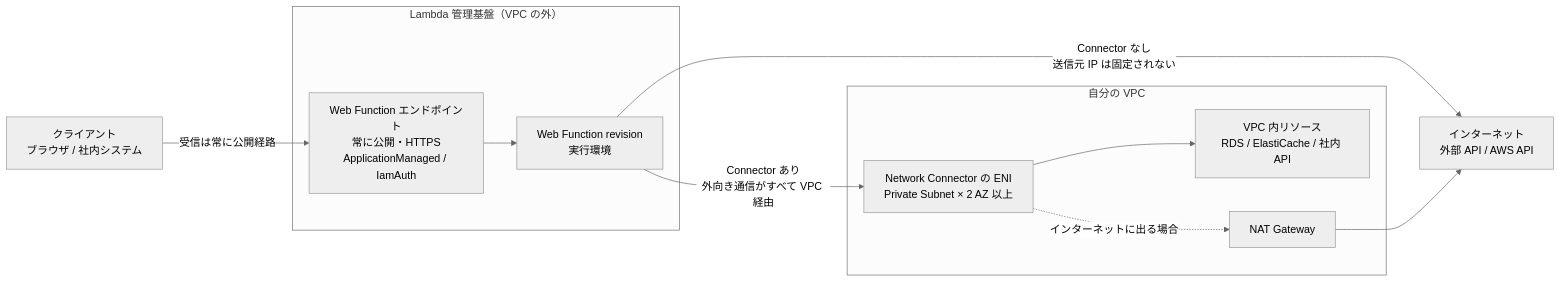
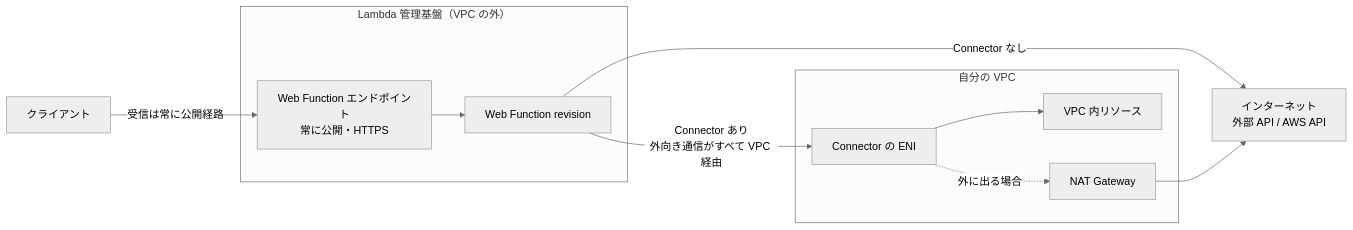
One commit to zaru/lambda-wf-nextjs changed the second of 6 diagrams in docs/network-options.md. Above: the diagram before and after it, drawn with Mermaid (neutral theme). The commit also changed other lines of this file and 1 other file, not shown here.

````diff
--- a/docs/network-options.md
+++ b/docs/network-options.md
@@ -22,25 +57,25 @@
 ```mermaid
 flowchart LR
-    Client["クライアント<br/>ブラウザ / 社内システム"]
+    Client["クライアント"]
 
     subgraph Lambda["Lambda 管理基盤（VPC の外）"]
-        EP["Web Function エンドポイント<br/>常に公開・HTTPS<br/>ApplicationManaged / IamAuth"]
-        Rev["Web Function revision<br/>実行環境"]
+        EP["Web Function エンドポイント<br/>常に公開・HTTPS"]
+        Rev["Web Function revision"]
         EP --> Rev
     end
 
     subgraph VPC["自分の VPC"]
-        ENI["Network Connector の ENI<br/>Private Subnet × 2 AZ 以上"]
-        Private["VPC 内リソース<br/>RDS / ElastiCache / 社内 API"]
+        ENI["Connector の ENI"]
+        Private["VPC 内リソース"]
         NAT["NAT Gateway"]
         ENI --> Private
-        ENI -.->|インターネットに出る場合| NAT
+        ENI -.->|"外に出る場合"| NAT
     end
 
     Internet["インターネット<br/>外部 API / AWS API"]
 
-    Client -->|受信は常に公開経路| EP
-    Rev -->|"Connector なし<br/>送信元 IP は固定されない"| Internet
+    Client -->|"受信は常に公開経路"| EP
+    Rev -->|"Connector なし"| Internet
     Rev -->|"Connector あり<br/>外向き通信がすべて VPC 経由"| ENI
     NAT --> Internet
 ```
````
